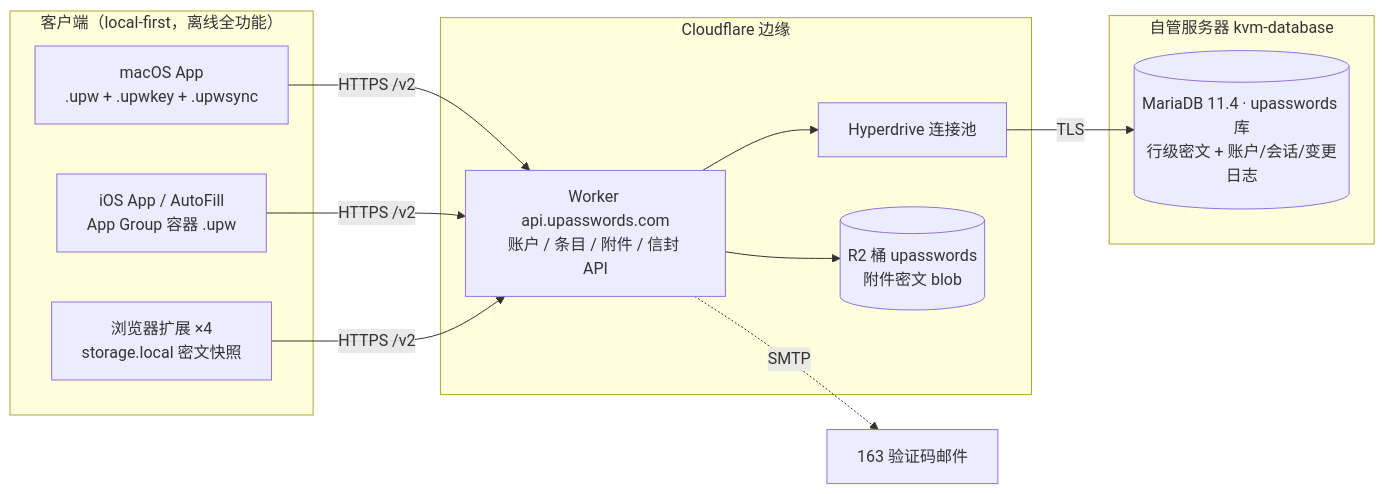
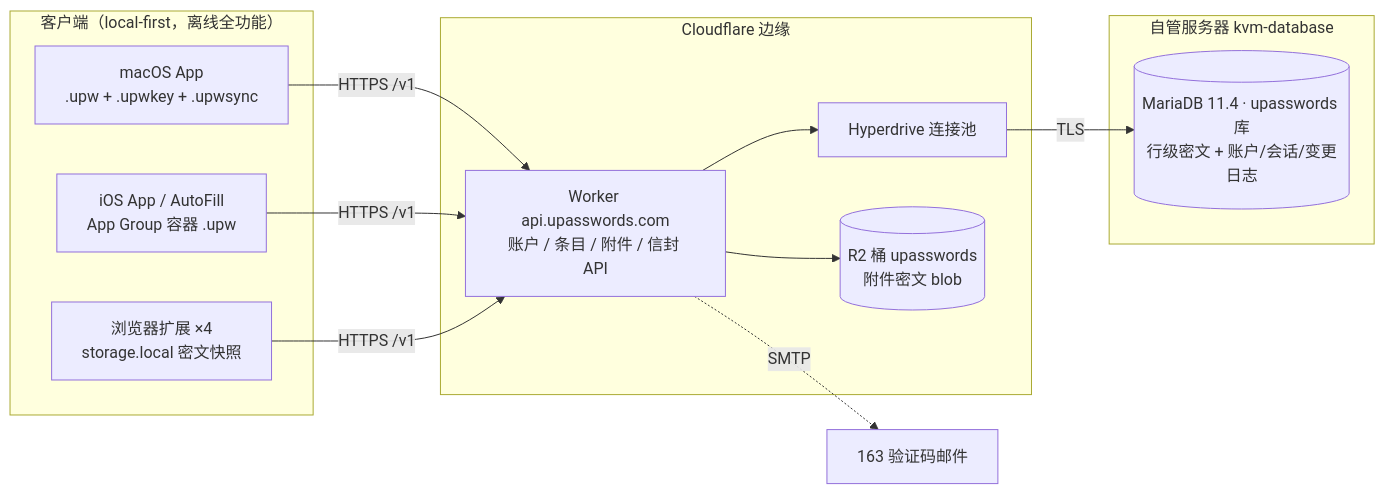
Before and after one commit to Lizhen0628/UPasswords: the first of 3 diagrams in Cloud/DESIGN.md, drawn with Mermaid. The commit also changed other lines of this file and 15 other files, not shown here.

````diff
--- a/Cloud/DESIGN.md
+++ b/Cloud/DESIGN.md
@@ -35,23 +36,23 @@
 ```mermaid
 flowchart LR
     subgraph clients ["客户端（local-first，离线全功能）"]
         MAC["macOS App<br/>.upw + .upwkey + .upwsync"]
         IOS["iOS App / AutoFill<br/>App Group 容器 .upw"]
         EXT["浏览器扩展 ×4<br/>storage.local 密文快照"]
     end
     subgraph edge ["Cloudflare 边缘"]
         W["Worker api.upasswords.com<br/>账户 / 条目 / 附件 / 信封 API"]
         HD["Hyperdrive 连接池"]
         R2[("R2 桶 upasswords<br/>附件密文 blob")]
     end
     subgraph dc ["自管服务器 kvm-database"]
         DB[("MariaDB 11.4 · upasswords 库<br/>行级密文 + 账户/会话/变更日志")]
     end
-    MAC -->|HTTPS /v2| W
-    IOS -->|HTTPS /v2| W
-    EXT -->|HTTPS /v2| W
+    MAC -->|HTTPS /v1| W
+    IOS -->|HTTPS /v1| W
+    EXT -->|HTTPS /v1| W
     W --> HD
     HD -->|TLS| DB
     W --> R2
     W -.->|SMTP| MAIL["163 验证码邮件"]
 ```
````
